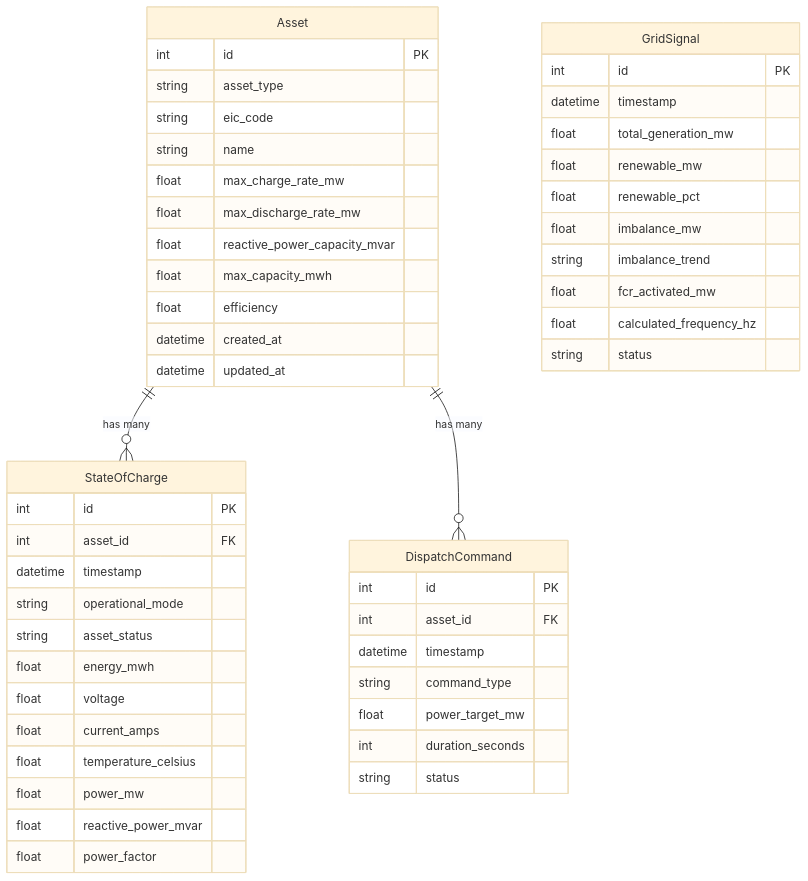
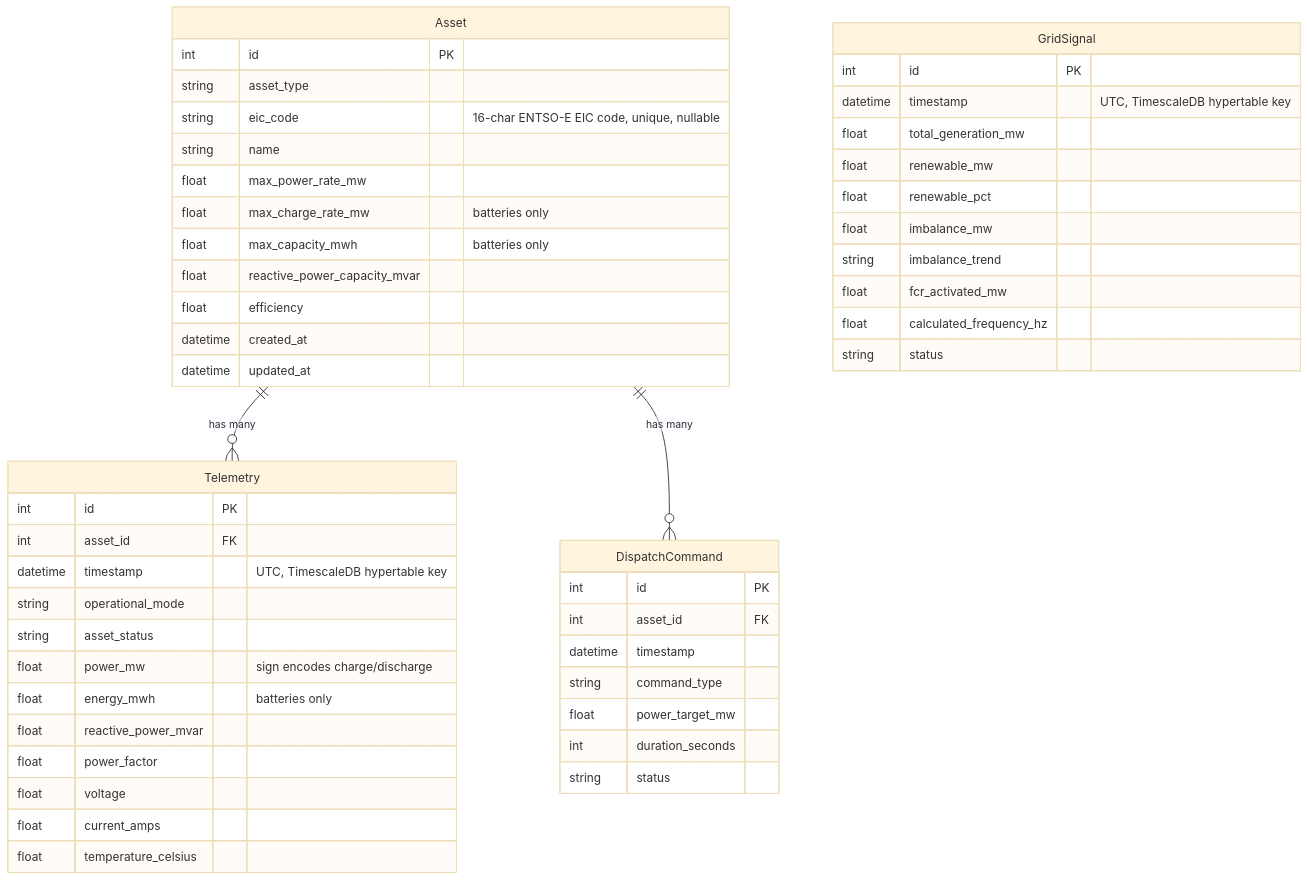
Before and after one commit to roadtowiganpier/rada-backend: the third of 3 diagrams in README.md, drawn with Mermaid (base theme). The commit also changed other lines of this file, not shown here.

````diff
--- a/README.md
+++ b/README.md
@@ -125,57 +174,57 @@
 ```mermaid
 erDiagram
     Asset {
         int id PK
         string asset_type
-        string eic_code
+        string eic_code "16-char ENTSO-E EIC code, unique, nullable"
         string name
-        float max_charge_rate_mw
-        float max_discharge_rate_mw
+        float max_power_rate_mw
+        float max_charge_rate_mw "batteries only"
+        float max_capacity_mwh "batteries only"
         float reactive_power_capacity_mvar
-        float max_capacity_mwh
         float efficiency
         datetime created_at
         datetime updated_at
     }
 
-    StateOfCharge {
+    Telemetry {
         int id PK
         int asset_id FK
-        datetime timestamp
+        datetime timestamp "UTC, TimescaleDB hypertable key"
         string operational_mode
         string asset_status
-        float energy_mwh
+        float power_mw "sign encodes charge/discharge"
+        float energy_mwh "batteries only"
+        float reactive_power_mvar
+        float power_factor
         float voltage
         float current_amps
         float temperature_celsius
-        float power_mw
-        float reactive_power_mvar
-        float power_factor
     }
 
     DispatchCommand {
         int id PK
         int asset_id FK
         datetime timestamp
         string command_type
         float power_target_mw
         int duration_seconds
         string status
     }
 
     GridSignal {
         int id PK
-        datetime timestamp
+        datetime timestamp "UTC, TimescaleDB hypertable key"
         float total_generation_mw
         float renewable_mw
         float renewable_pct
         float imbalance_mw
         string imbalance_trend
         float fcr_activated_mw
         float calculated_frequency_hz
         string status
     }
 
-    Asset ||--o{ StateOfCharge : "has many"
+    Asset ||--o{ Telemetry : "has many"
     Asset ||--o{ DispatchCommand : "has many"
 ```
````
